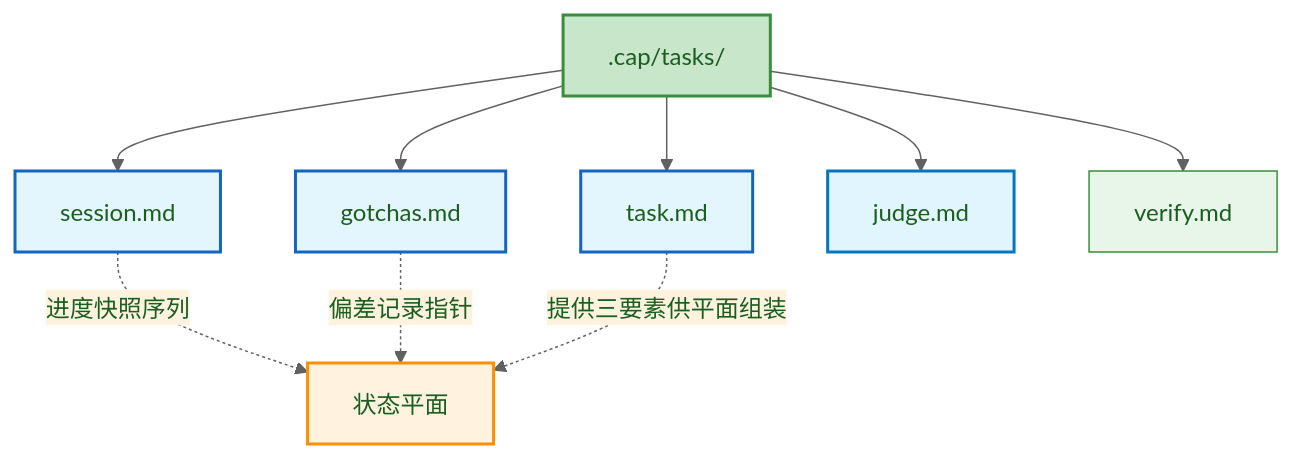
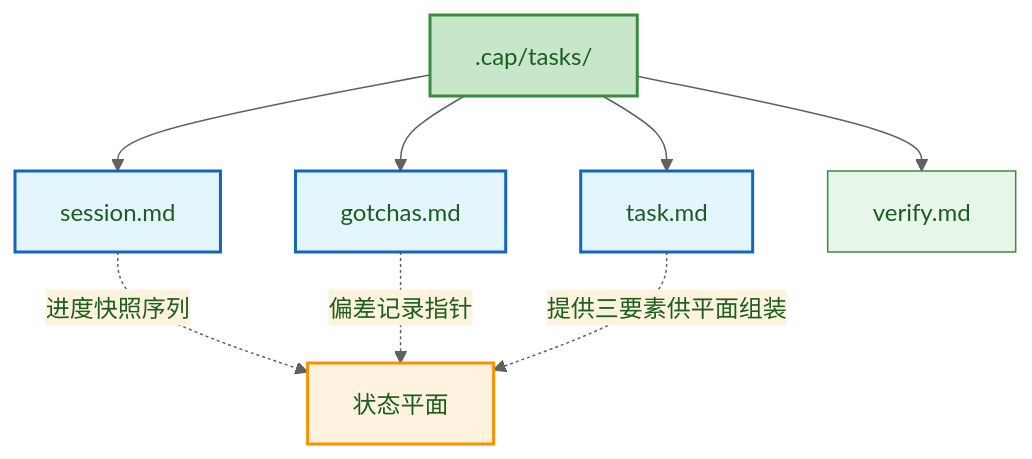
The sixth of 9 diagrams in docs/SPEC.md (Lazyn0tBug/mem0ress), drawn with Mermaid before and after one commit. The commit also changed other lines of this file, not shown here.

Commit message:
refactor(SPEC): Judge → Verify Agent; judge.md → verify.md; fix duplicate verify.md entries

````diff
--- a/docs/SPEC.md
+++ b/docs/SPEC.md
@@ -418,31 +415,27 @@
 ```mermaid
 %% label：.cap 文件树与概念映射
 %%{ init: { 'theme': 'base', 'themeVariables': { 'primaryColor': '#e8f5e9', 'primaryTextColor': '#1b5e20', 'primaryBorderColor': '#388e3c', 'lineColor': '#616161', 'secondaryColor': '#fff3e0', 'tertiaryColor': '#fafafa' } } }%%
 graph TD
     ROOT[".cap/tasks/"]
     TMPL["task.md"]
     SESS["session.md"]
     GOT["gotchas.md"]
-    JDG["judge.md"]
-    VRF["verify.md"]
+    JDG["verify.md"]
 
     ROOT --> TMPL
     ROOT --> SESS
     ROOT --> GOT
     ROOT --> JDG
-    ROOT --> VRF
 
     SESS -.->|进度快照序列| SP["状态平面"]
     GOT -.->|偏差记录指针| SP
     TMPL -.->|提供三要素供平面组装| SP
 
     classDef dir fill:#c8e6c9,stroke:#388e3c,stroke-width:2px;
     classDef file fill:#e3f5fd,stroke:#1565c0,stroke-width:2px;
-    classDef judge fill:#e1f5fe,stroke:#0277bd,stroke-width:2px;
     classDef plane fill:#fff3e0,stroke:#ff8f00,stroke-width:2px;
     classDef ref fill:#fff3e0,stroke:#ff8f00,stroke-width:1px,stroke-dasharray:5,5;
     class ROOT dir;
     class TMPL,SESS,GOT file;
-    class JDG judge;
     class SP plane;
 ```
````
